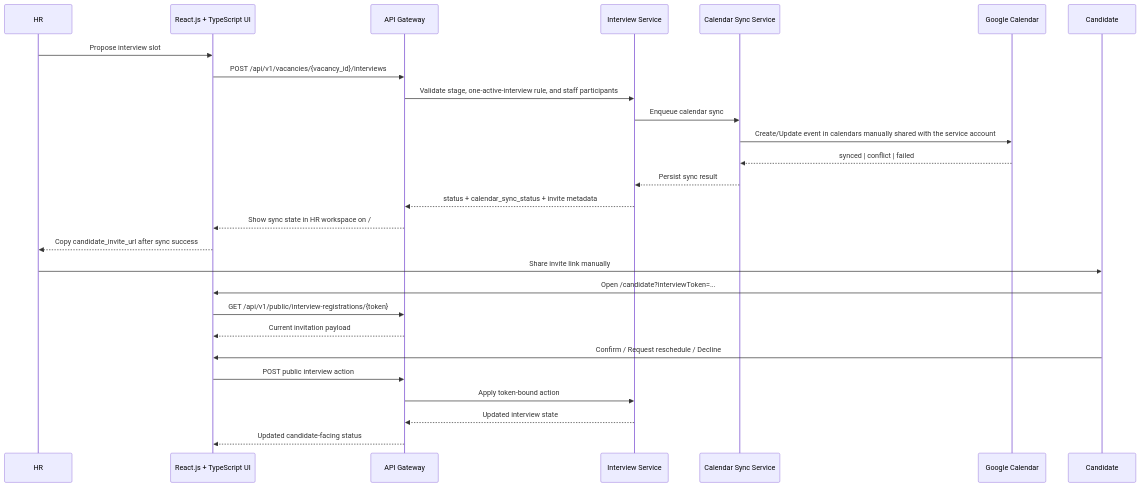
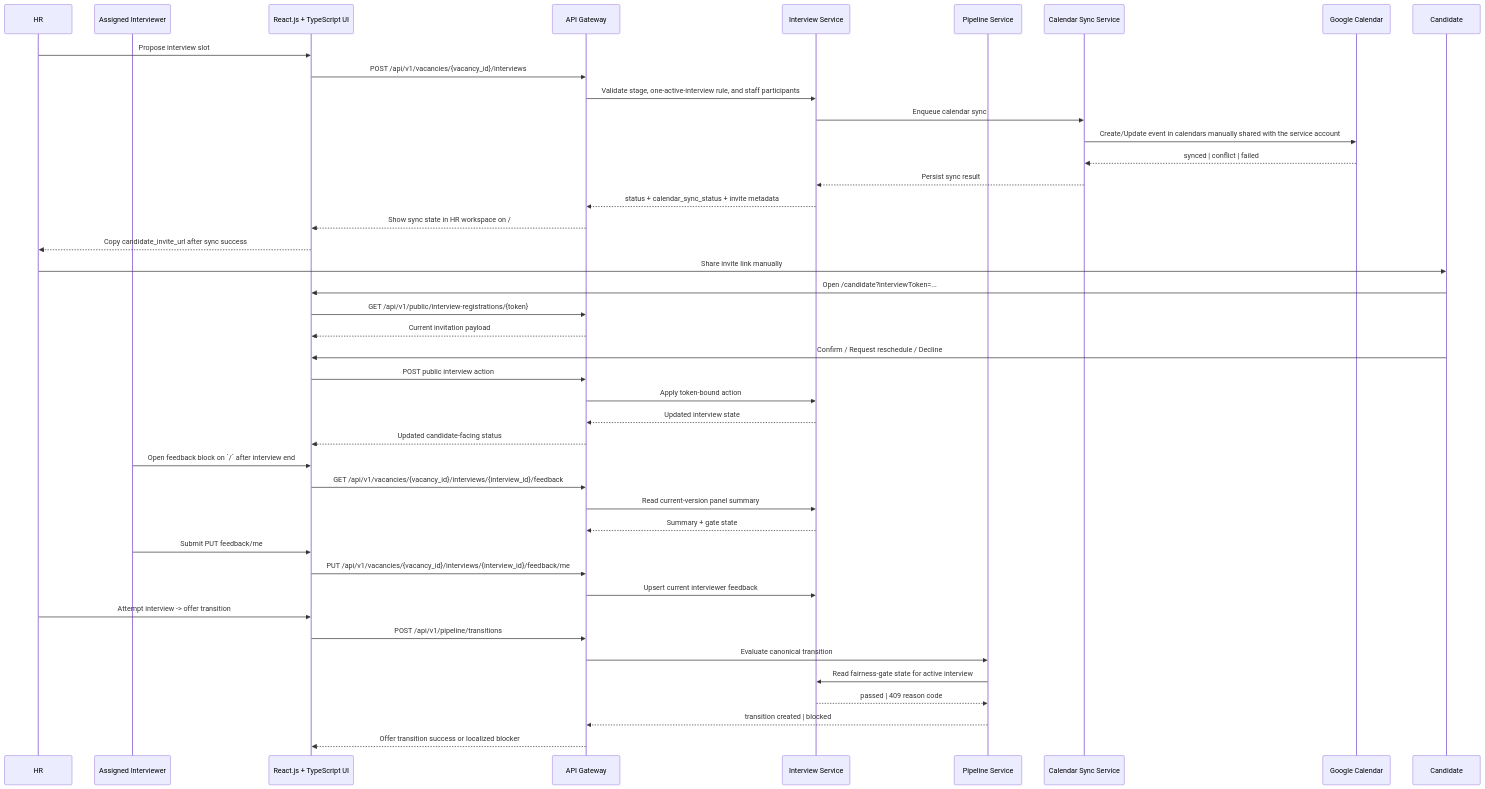
The fifth of 18 diagrams in docs/architecture/diagrams.md (RubiFoc/hrm), drawn with Mermaid before and after one commit. The commit also changed other lines of this file and 34 other files, not shown here.

First line of the commit message:
feat: implement TASK-05-03/04 interview feedback fairness gate (#82)

````diff
--- a/docs/architecture/diagrams.md
+++ b/docs/architecture/diagrams.md
@@ -191,30 +193,46 @@
 ```mermaid
 sequenceDiagram
   participant HR as HR
+  participant REV as Assigned Interviewer
   participant UI as React.js + TypeScript UI
   participant API as API Gateway
   participant INT as Interview Service
+  participant PIPE as Pipeline Service
   participant GCA as Calendar Sync Service
   participant GCAL as Google Calendar
   participant C as Candidate
 
   HR->>UI: Propose interview slot
   UI->>API: POST /api/v1/vacancies/{vacancy_id}/interviews
   API->>INT: Validate stage, one-active-interview rule, and staff participants
   INT->>GCA: Enqueue calendar sync
   GCA->>GCAL: Create/Update event in calendars manually shared with the service account
   GCAL-->>GCA: synced | conflict | failed
   GCA-->>INT: Persist sync result
   INT-->>API: status + calendar_sync_status + invite metadata
   API-->>UI: Show sync state in HR workspace on /
   UI-->>HR: Copy candidate_invite_url after sync success
   HR->>C: Share invite link manually
   C->>UI: Open /candidate?interviewToken=...
   UI->>API: GET /api/v1/public/interview-registrations/{token}
   API-->>UI: Current invitation payload
   C->>UI: Confirm / Request reschedule / Decline
   UI->>API: POST public interview action
   API->>INT: Apply token-bound action
   INT-->>API: Updated interview state
   API-->>UI: Updated candidate-facing status
+  REV->>UI: Open feedback block on `/` after interview end
+  UI->>API: GET /api/v1/vacancies/{vacancy_id}/interviews/{interview_id}/feedback
+  API->>INT: Read current-version panel summary
+  INT-->>API: Summary + gate state
+  REV->>UI: Submit PUT feedback/me
+  UI->>API: PUT /api/v1/vacancies/{vacancy_id}/interviews/{interview_id}/feedback/me
+  API->>INT: Upsert current interviewer feedback
+  HR->>UI: Attempt interview -> offer transition
+  UI->>API: POST /api/v1/pipeline/transitions
+  API->>PIPE: Evaluate canonical transition
+  PIPE->>INT: Read fairness-gate state for active interview
+  INT-->>PIPE: passed | 409 reason code
+  PIPE-->>API: transition created | blocked
+  API-->>UI: Offer transition success or localized blocker
 ```
````
